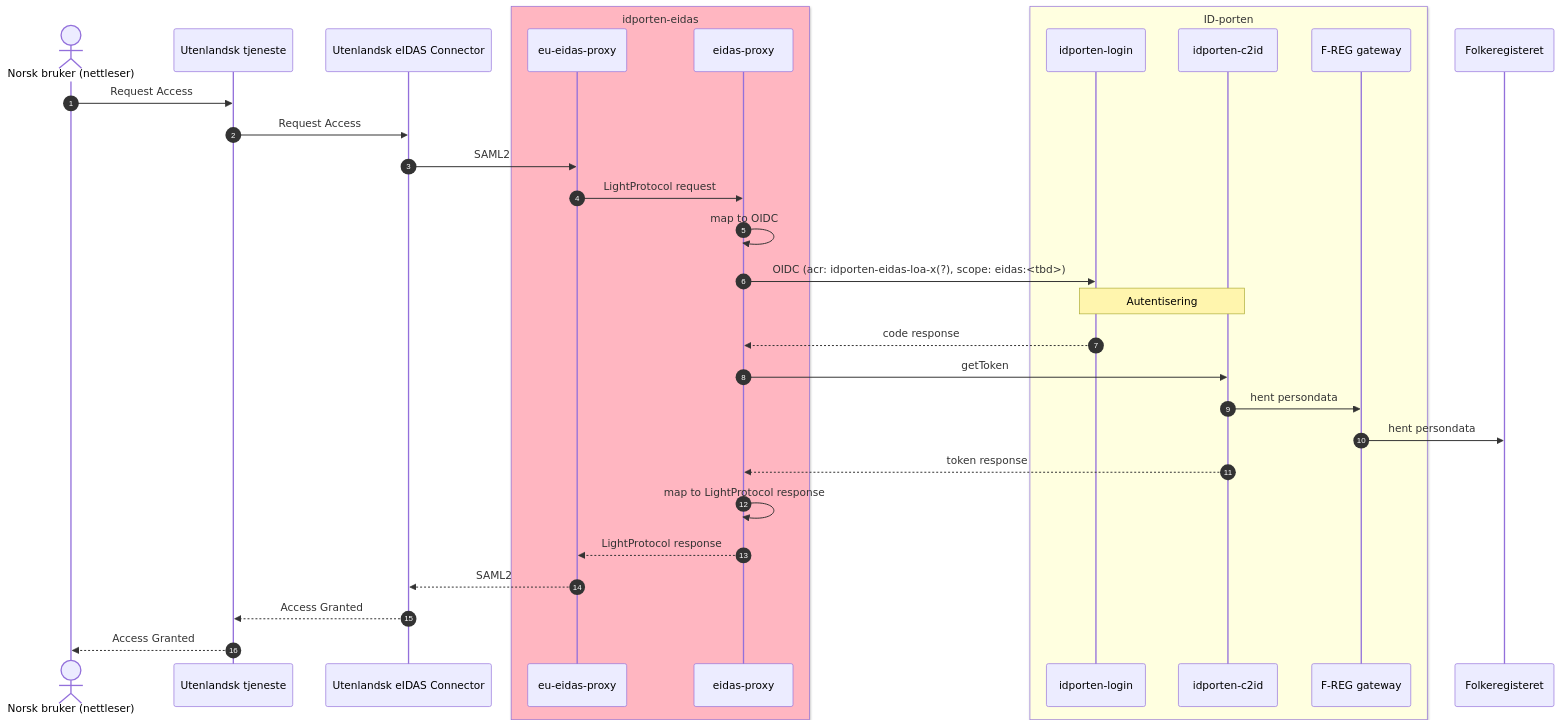
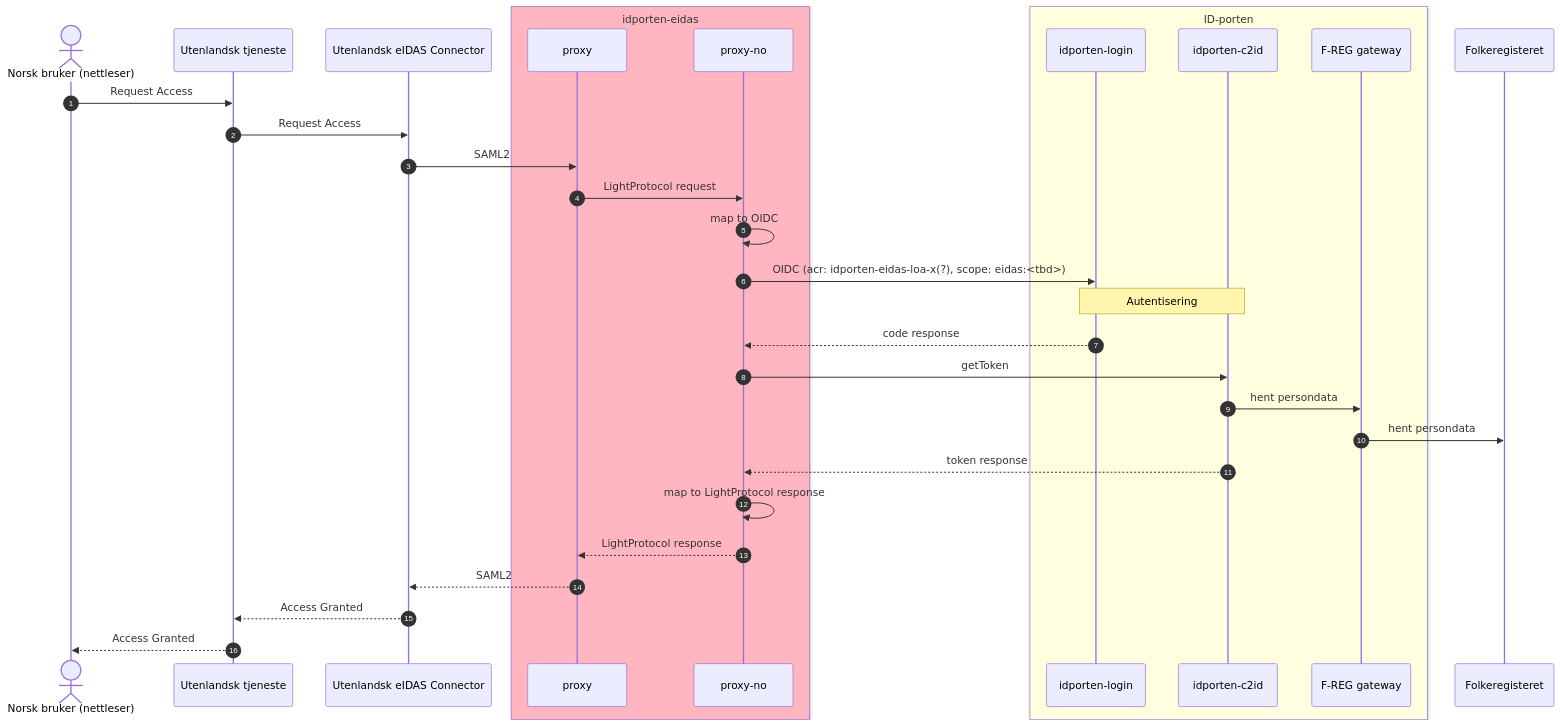
The first of 2 diagrams in README.md (felleslosninger/eidas-demo-countries), drawn with Mermaid before and after one commit. The commit also changed other lines of this file, not shown here.

Commit message:
Namneendring

````diff
--- a/README.md
+++ b/README.md
@@ -40,35 +40,35 @@
 ```mermaid  
 sequenceDiagram
 autonumber
     actor User as Norsk bruker (nettleser)
     participant SP as Utenlandsk tjeneste
     participant UEC as Utenlandsk eIDAS Connector
     box lightpink idporten-eidas
-    participant NEP as eu-eidas-proxy
-    participant SEP as eidas-proxy
+    participant NEP as proxy
+    participant SEP as proxy-no
     end
     box lightyellow ID-porten
     participant IL as idporten-login
     participant C2ID as idporten-c2id
     participant FRGW as F-REG gateway
     end
     participant FR as Folkeregisteret
 
     User->>SP: Request Access
     SP->>UEC: Request Access
     UEC->>NEP: SAML2
     NEP->>SEP: LightProtocol request
     SEP->>SEP: map to OIDC 
     SEP->>IL: OIDC (acr: idporten-eidas-loa-x(?), scope: eidas:<tbd>)
     Note over IL,C2ID: Autentisering
     IL-->>SEP: code response
     SEP->>C2ID: getToken
     C2ID->>FRGW: hent persondata
     FRGW->>FR: hent persondata
     C2ID-->>SEP: token response
     SEP->>SEP: map to LightProtocol response
     SEP-->>NEP: LightProtocol response
     NEP-->>UEC: SAML2
     UEC-->>SP: Access Granted
     SP-->>User: Access Granted
 ```    
````
